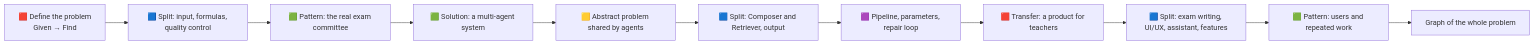
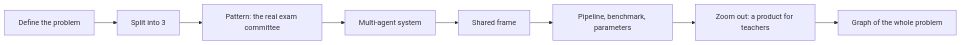
One commit to ndmhuy/ASTRA changed the first of 16 diagrams in docs/ct-slide-plan.en.md. Above: the diagram before and after it, drawn with Mermaid. The commit also changed other lines of this file and 1 other file, not shown here.

````diff
--- a/docs/ct-slide-plan.en.md
+++ b/docs/ct-slide-plan.en.md
@@ -84,15 +72,10 @@
 ```mermaid
 flowchart LR
-    P["🟥 Define the problem<br/>Given → Find"]
-    D1["🟦 Split: input, formulas, quality control"]
-    PR1["🟩 Pattern: the real exam committee"]
-    M["🟩 Solution: a multi-agent system"]
-    A1["🟨 Abstract problem shared by agents"]
-    D2["🟦 Split: Composer and Retriever, output"]
-    AL["🟪 Pipeline, parameters, repair loop"]
-    T["🟥 Transfer: a product for teachers"]
-    D3["🟦 Split: exam writing, UI/UX, assistant, features"]
-    PR2["🟩 Pattern: users and repeated work"]
-    G["Graph of the whole problem"]
-    P --> D1 --> PR1 --> M --> A1 --> D2 --> AL --> T --> D3 --> PR2 --> G
+    P["Define the problem"] --> D1["Split into 3"]
+    D1 --> PR1["Pattern: the real exam committee"]
+    PR1 --> M["Multi-agent system"]
+    M --> A1["Shared frame"]
+    A1 --> AL["Pipeline, benchmark, parameters"]
+    AL --> T["Zoom out: a product for teachers"]
+    T --> G["Graph of the whole problem"]
 ```
````
